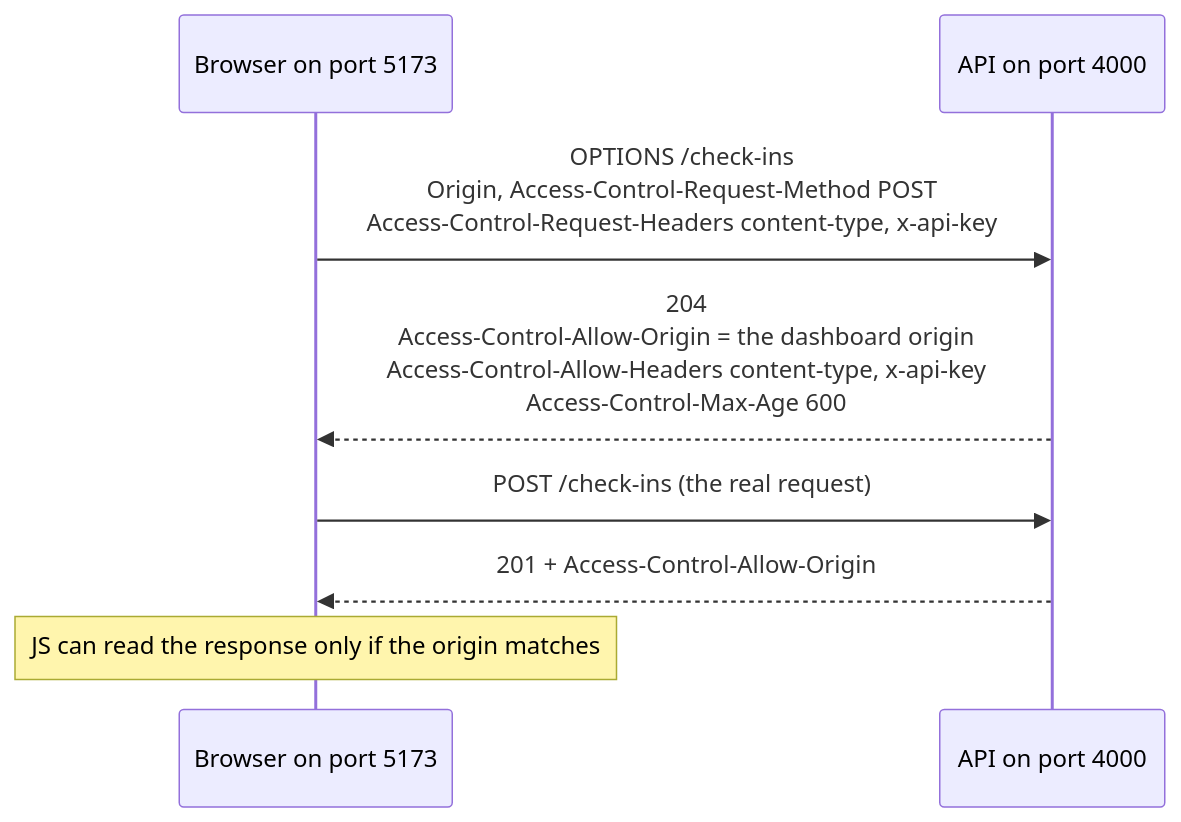
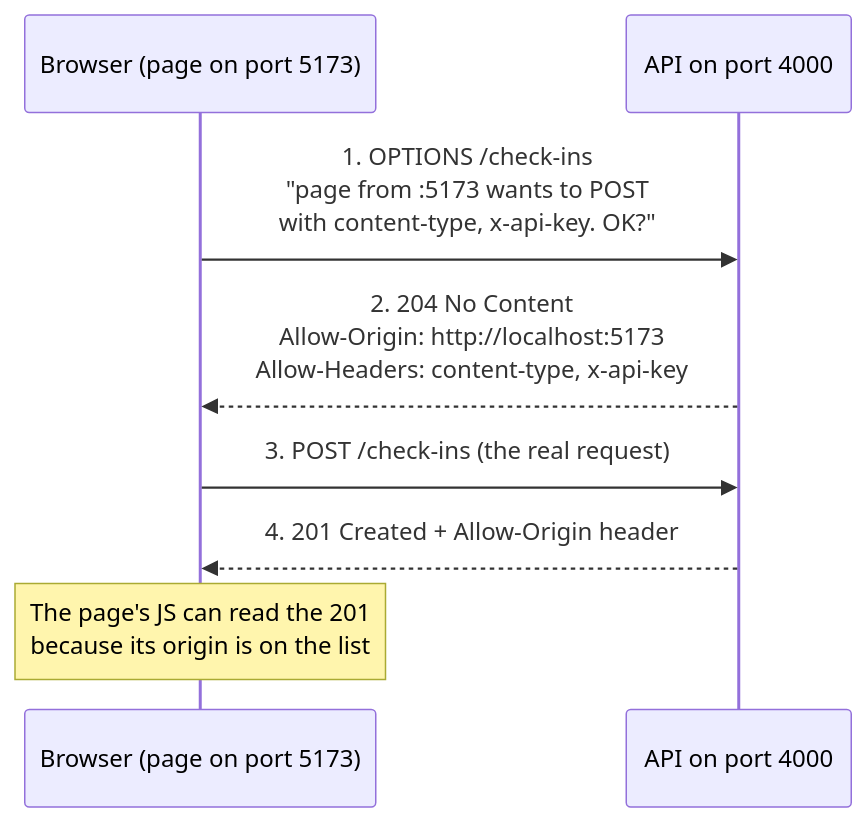
Before and after one commit to matiastulli/software-engineering-studybook: the third of 3 diagrams in theory/backend/rest-apis-webhooks.md, drawn with Mermaid. The commit also changed other lines of this file and 3 other files, not shown here.

````diff
--- a/theory/backend/rest-apis-webhooks.md
+++ b/theory/backend/rest-apis-webhooks.md
@@ -308,10 +345,10 @@
 ```mermaid
 sequenceDiagram
-    participant B as Browser on port 5173
+    participant B as Browser (page on port 5173)
     participant A as API on port 4000
-    B->>A: OPTIONS /check-ins<br/>Origin, Access-Control-Request-Method POST<br/>Access-Control-Request-Headers content-type, x-api-key
-    A-->>B: 204<br/>Access-Control-Allow-Origin = the dashboard origin<br/>Access-Control-Allow-Headers content-type, x-api-key<br/>Access-Control-Max-Age 600
-    B->>A: POST /check-ins (the real request)
-    A-->>B: 201 + Access-Control-Allow-Origin
-    Note over B: JS can read the response only if the origin matches
+    B->>A: 1. OPTIONS /check-ins<br/>"page from :5173 wants to POST<br/>with content-type, x-api-key. OK?"
+    A-->>B: 2. 204 No Content<br/>Allow-Origin: http://localhost:5173<br/>Allow-Headers: content-type, x-api-key
+    B->>A: 3. POST /check-ins (the real request)
+    A-->>B: 4. 201 Created + Allow-Origin header
+    Note over B: The page's JS can read the 201<br/>because its origin is on the list
 ```
````
